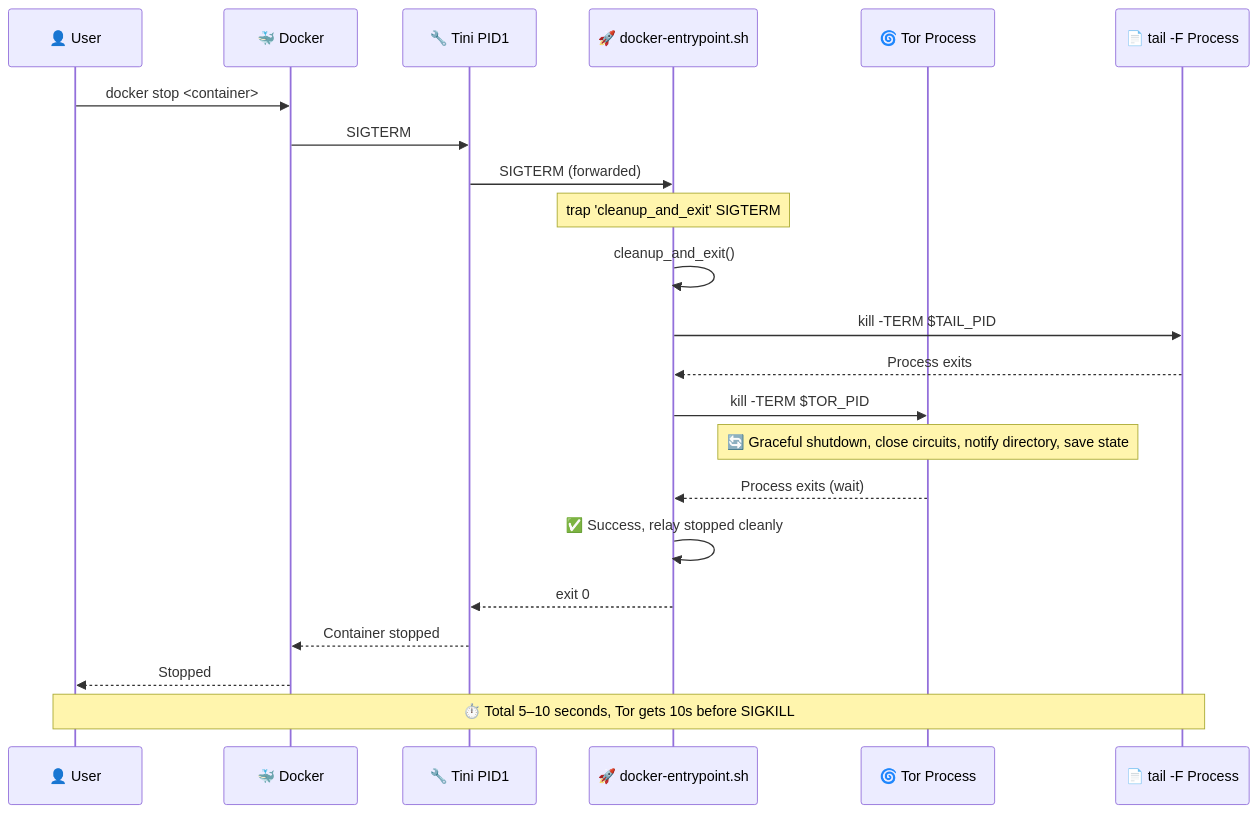
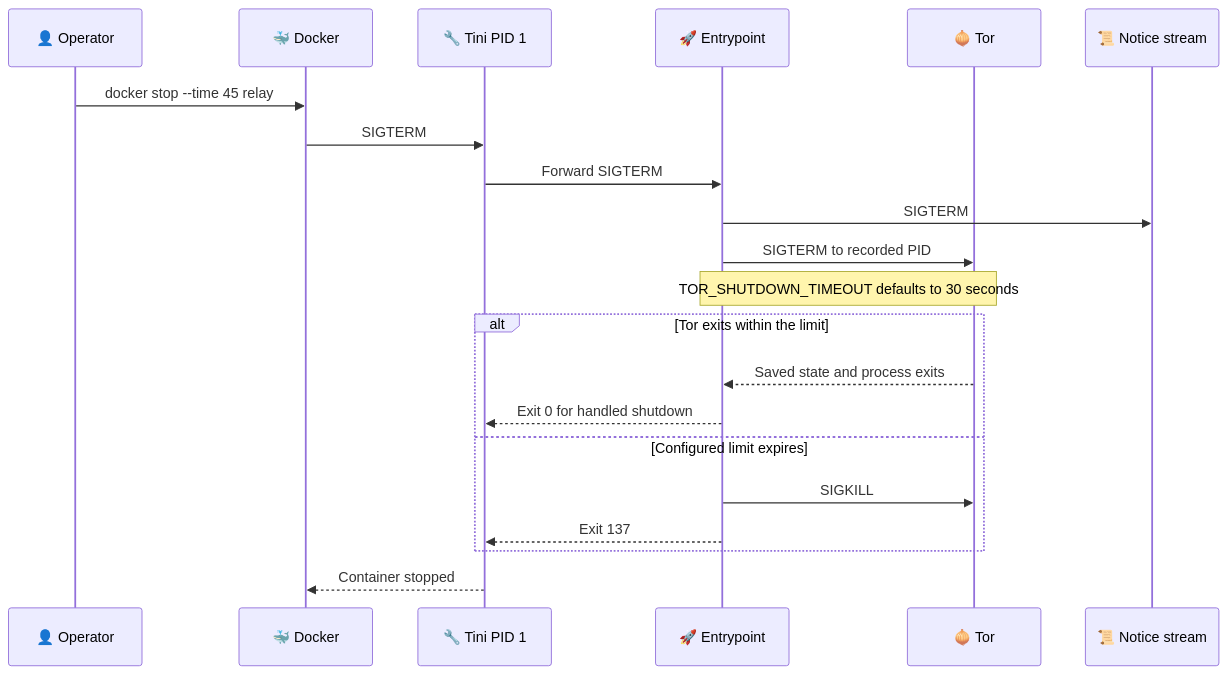
Diagram 11 of 15 in docs/ARCHITECTURE.md (r3bo0tbx1/tor-guard-relay), drawn with Mermaid before and after one commit. The commit also changed other lines of this file and 87 other files, not shown here.

````diff
--- a/docs/ARCHITECTURE.md
+++ b/docs/ARCHITECTURE.md
@@ -800,30 +813,23 @@
 ```mermaid
 sequenceDiagram
-    participant User as 👤 User
+    participant Operator as 👤 Operator
     participant Docker as 🐳 Docker
-    participant Tini as 🔧 Tini PID1
-    participant Entrypoint as 🚀 docker-entrypoint.sh
-    participant Tor as 🌀 Tor Process
-    participant Tail as 📄 tail -F Process
-
-    User->>Docker: docker stop <container>
+    participant Tini as 🔧 Tini PID 1
+    participant Entry as 🚀 Entrypoint
+    participant Tor as 🧅 Tor
+    participant Tail as 📜 Notice stream
+    Operator->>Docker: docker stop --time 45 relay
     Docker->>Tini: SIGTERM
-    Tini->>Entrypoint: SIGTERM (forwarded)
-
-    Note over Entrypoint: trap 'cleanup_and_exit' SIGTERM
-
-    Entrypoint->>Entrypoint: cleanup_and_exit()
-    Entrypoint->>Tail: kill -TERM $TAIL_PID
-    Tail-->>Entrypoint: Process exits
-
-    Entrypoint->>Tor: kill -TERM $TOR_PID
-    Note over Tor: 🔄 Graceful shutdown, close circuits, notify directory, save state
-
-    Tor-->>Entrypoint: Process exits (wait)
-    Entrypoint->>Entrypoint: ✅ Success, relay stopped cleanly
-    Entrypoint-->>Tini: exit 0
+    Tini->>Entry: Forward SIGTERM
+    Entry->>Tail: SIGTERM
+    Entry->>Tor: SIGTERM to recorded PID
+    Note over Entry,Tor: TOR_SHUTDOWN_TIMEOUT defaults to 30 seconds
+    alt Tor exits within the limit
+        Tor-->>Entry: Saved state and process exits
+        Entry-->>Tini: Exit 0 for handled shutdown
+    else Configured limit expires
+        Entry->>Tor: SIGKILL
+        Entry-->>Tini: Exit 137
+    end
     Tini-->>Docker: Container stopped
-    Docker-->>User: Stopped
-
-    Note over User,Tail: ⏱️ Total 5–10 seconds, Tor gets 10s before SIGKILL
 ```
````
